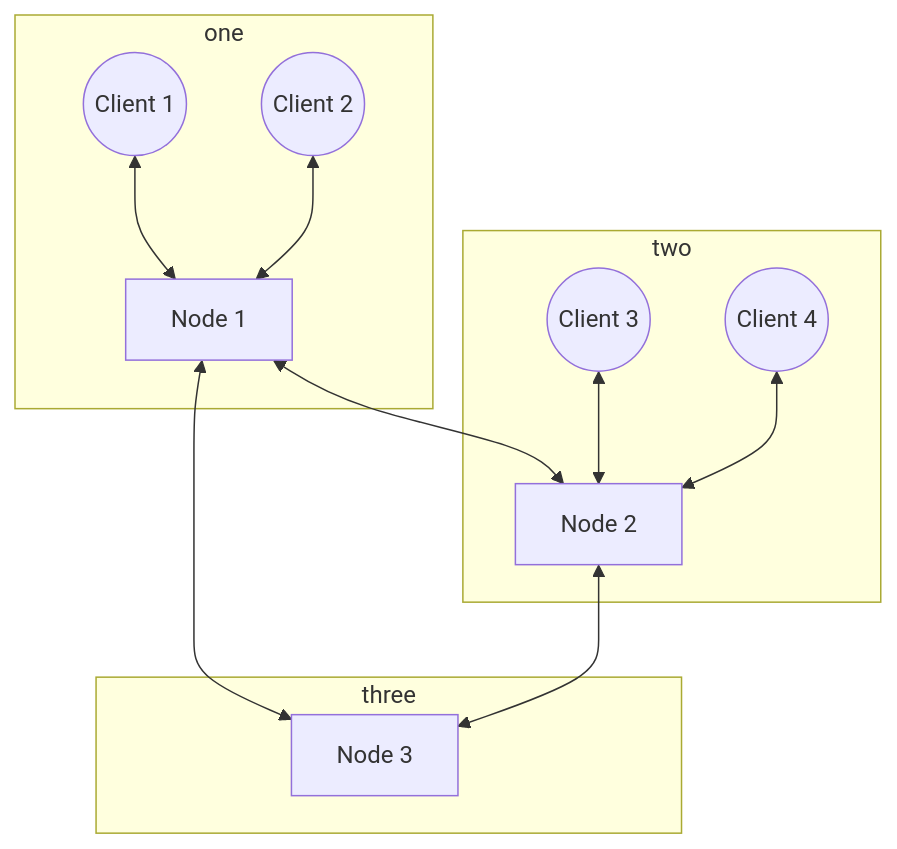
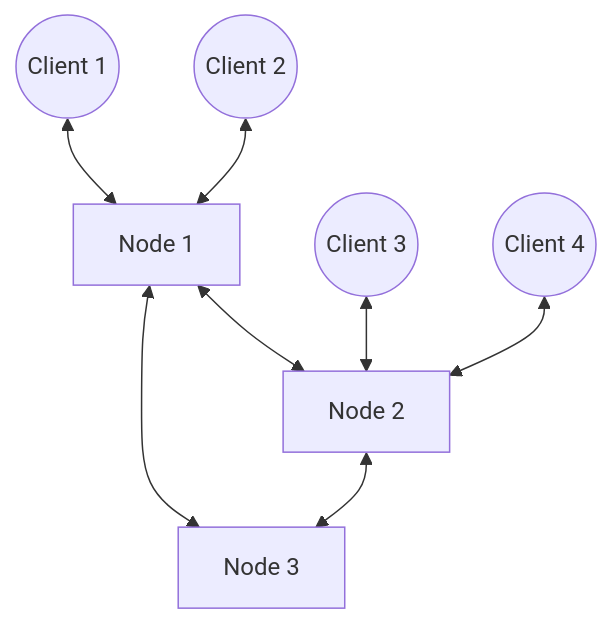
One commit to niklas-enns/message-broker changed the diagram in README.md. Above: the diagram before and after it, drawn with Mermaid.

````diff
--- a/README.md
+++ b/README.md
@@ -11,17 +11,11 @@
 ```mermaid
 graph TB;
     N1[Node 1]<-->N2[Node 2]
     N1[Node 1]<-->N3[Node 3]
     N2<-->N3
-    subgraph one
     C1((Client 1))<-->N1;
     C2((Client 2))<-->N1;
-    end
-    subgraph two
     C3((Client 3))<-->N2;
     C4((Client 4))<-->N2;
-    end
-    subgraph three
     N3[Node 3]
-    end
 ```
````
